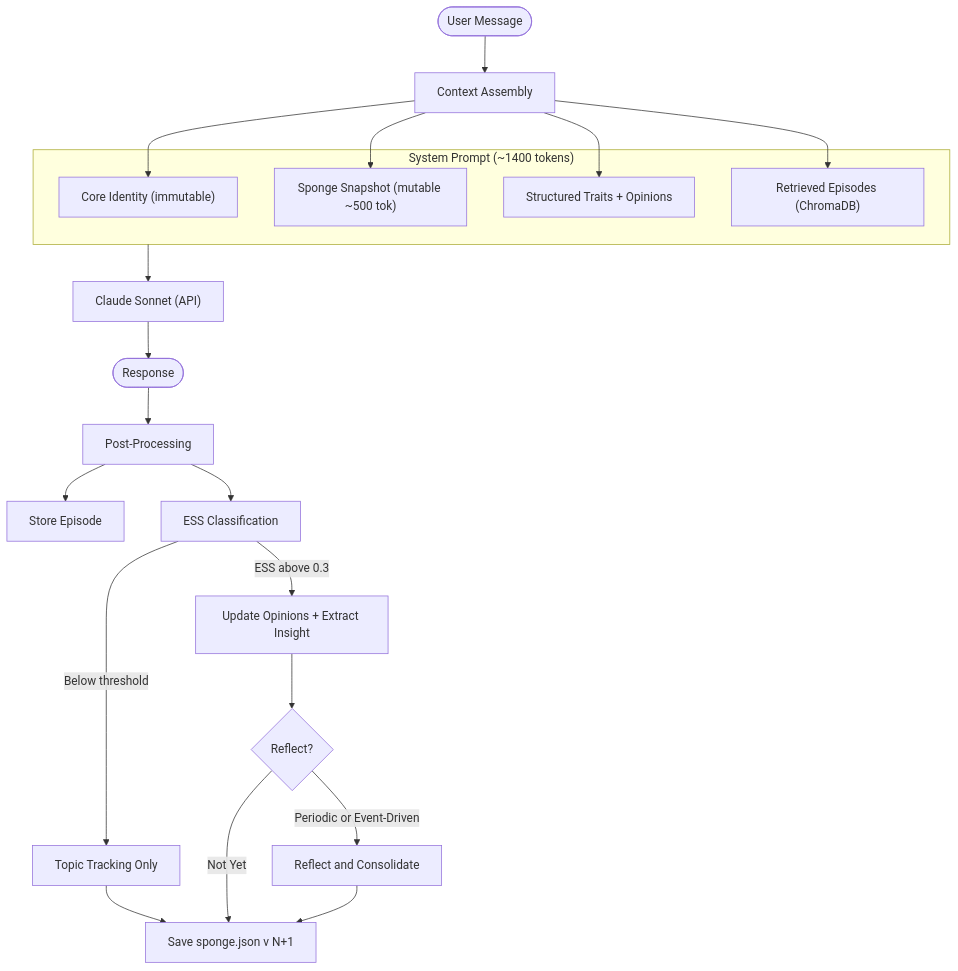
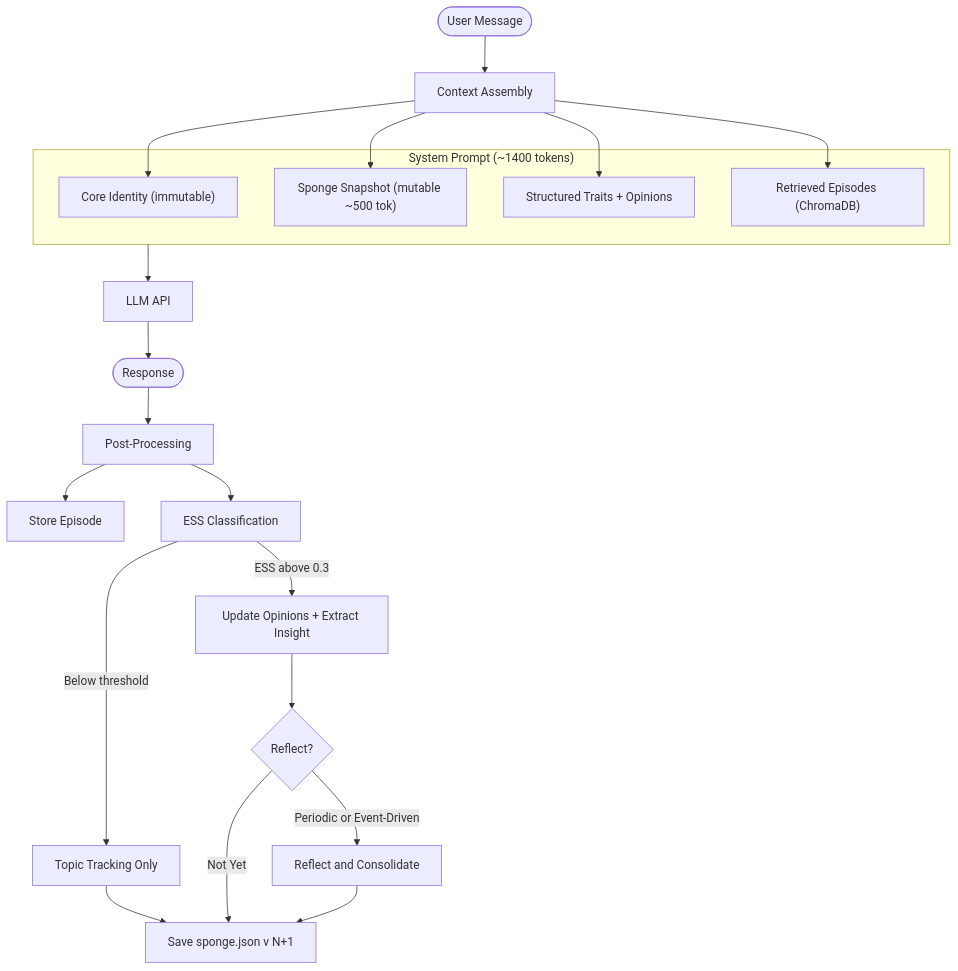
Before and after one commit to Okm165/Sonality: the diagram in docs/index.md, drawn with Mermaid. The commit also changed other lines of this file and 30 other files, not shown here.

````diff
--- a/docs/index.md
+++ b/docs/index.md
@@ -33,29 +33,29 @@
 ```mermaid
 flowchart TD
     User([User Message]) --> Ctx[Context Assembly]
 
     subgraph ctx ["System Prompt (~1400 tokens)"]
         ID["Core Identity (immutable)"]
         Sponge["Sponge Snapshot (mutable ~500 tok)"]
         Traits["Structured Traits + Opinions"]
         Mem["Retrieved Episodes (ChromaDB)"]
     end
 
     Ctx --> ID
     Ctx --> Sponge
     Ctx --> Traits
     Ctx --> Mem
-    ctx --> LLM["Claude Sonnet (API)"]
+    ctx --> LLM["LLM API"]
     LLM --> Resp([Response])
 
     Resp --> Post[Post-Processing]
     Post --> Store[Store Episode]
     Post --> ESS[ESS Classification]
     ESS -->|"ESS above 0.3"| Update[Update Opinions + Extract Insight]
     ESS -->|"Below threshold"| Track[Topic Tracking Only]
     Update --> Reflect{Reflect?}
     Track --> Save
     Reflect -->|Periodic or Event-Driven| Consolidate[Reflect and Consolidate]
     Reflect -->|Not Yet| Save
     Consolidate --> Save[Save sponge.json v N+1]
 ```
````
